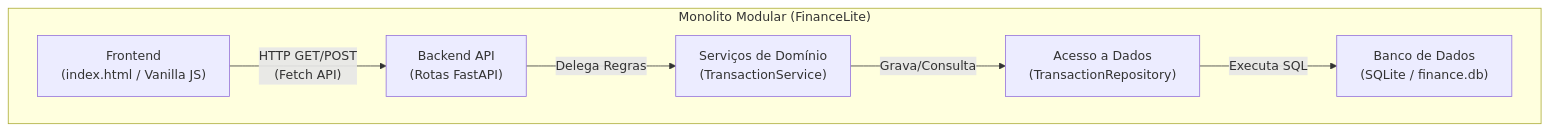
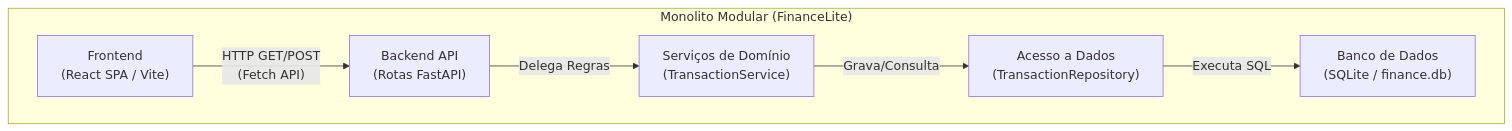
The first of 3 diagrams in diagramas.md (Capovillaa/Trabalho_final_Padroes_arquitetura_software), drawn with Mermaid before and after one commit. The commit also changed other lines of this file and 2 other files, not shown here.

Commit message:
docs: adiciona ADR-007 para uso do React e atualiza diagramas arquiteturais

````diff
--- a/diagramas.md
+++ b/diagramas.md
@@ -7,14 +7,14 @@
 ```mermaid
 graph TD
     subgraph "Monolito Modular (FinanceLite)"
-        UI["Frontend\n(index.html / Vanilla JS)"]
+        UI["Frontend\n(React SPA / Vite)"]
         API["Backend API\n(Rotas FastAPI)"]
         Services["Serviços de Domínio\n(TransactionService)"]
         Repo["Acesso a Dados\n(TransactionRepository)"]
         DB["Banco de Dados\n(SQLite / finance.db)"]
     end
     UI -- "HTTP GET/POST\n(Fetch API)" --> API
     API -- "Delega Regras" --> Services
     Services -- "Grava/Consulta" --> Repo
     Repo -- "Executa SQL" --> DB
 ```
````
